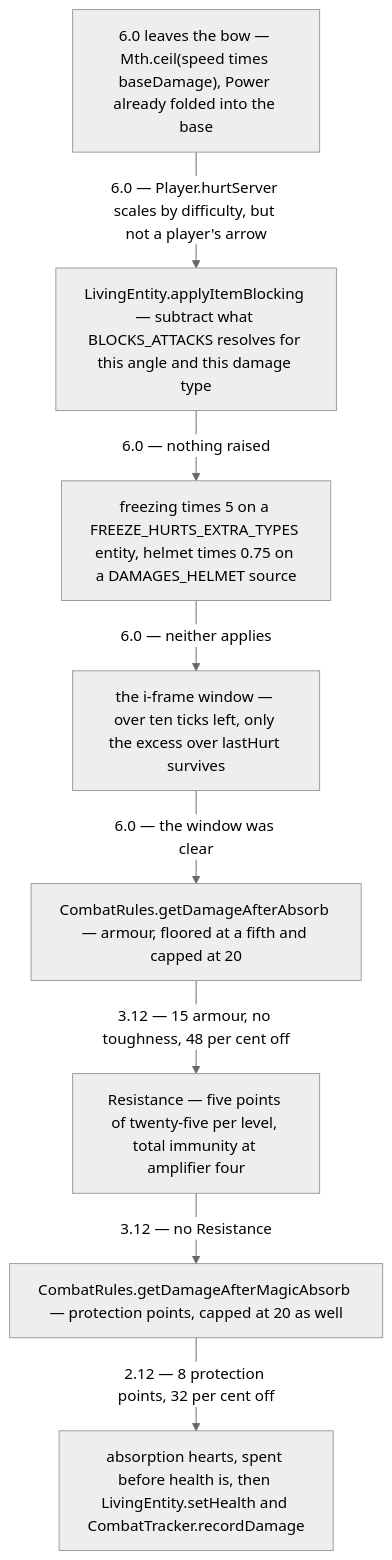
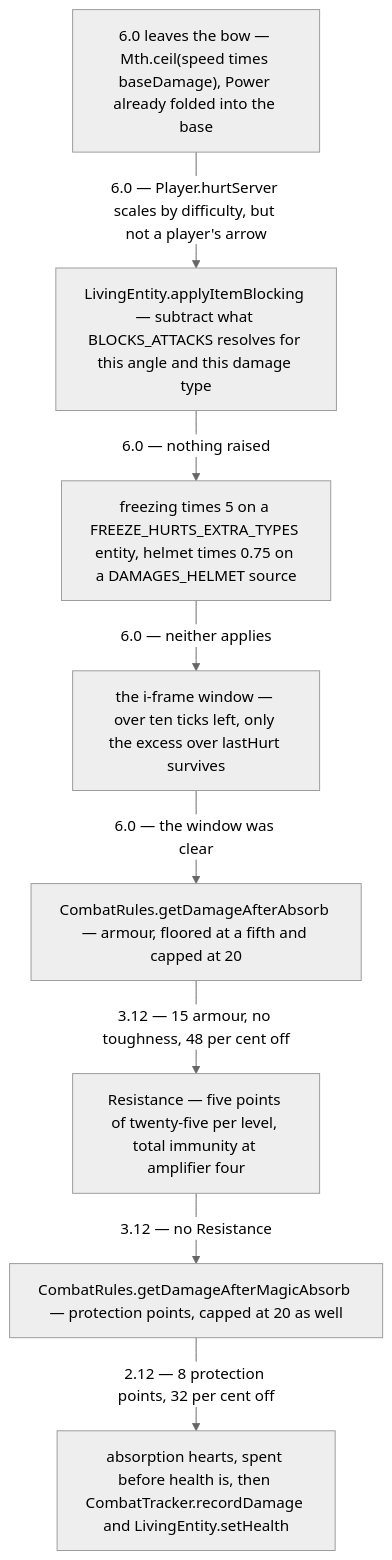
The first of 2 diagrams in src/systems/entities/damage-and-death.md (AlexanderjFraser/MinecraftDocs), drawn with Mermaid (neutral theme) before and after one commit. The commit also changed other lines of this file and 3 other files, not shown here.

````diff
--- a/src/systems/entities/damage-and-death.md
+++ b/src/systems/entities/damage-and-death.md
@@ -102,19 +109,19 @@
 ```mermaid
 flowchart TB
     N0["6.0 leaves the bow — Mth.ceil(speed times baseDamage), Power already folded into the base"]
     N1["LivingEntity.applyItemBlocking — subtract what BLOCKS_ATTACKS resolves for this angle and this damage type"]
     N2["freezing times 5 on a FREEZE_HURTS_EXTRA_TYPES entity, helmet times 0.75 on a DAMAGES_HELMET source"]
     N3["the i-frame window — over ten ticks left, only the excess over lastHurt survives"]
     N4["CombatRules.getDamageAfterAbsorb — armour, floored at a fifth and capped at 20"]
     N5["Resistance — five points of twenty-five per level, total immunity at amplifier four"]
     N6["CombatRules.getDamageAfterMagicAbsorb — protection points, capped at 20 as well"]
-    N7["absorption hearts, spent before health is, then LivingEntity.setHealth and CombatTracker.recordDamage"]
+    N7["absorption hearts, spent before health is, then CombatTracker.recordDamage and LivingEntity.setHealth"]
 
     N0 -- "6.0 — Player.hurtServer scales by difficulty, but not a player's arrow" --> N1
     N1 -- "6.0 — nothing raised" --> N2
     N2 -- "6.0 — neither applies" --> N3
     N3 -- "6.0 — the window was clear" --> N4
     N4 -- "3.12 — 15 armour, no toughness, 48 per cent off" --> N5
     N5 -- "3.12 — no Resistance" --> N6
     N6 -- "2.12 — 8 protection points, 32 per cent off" --> N7
 ```
````
